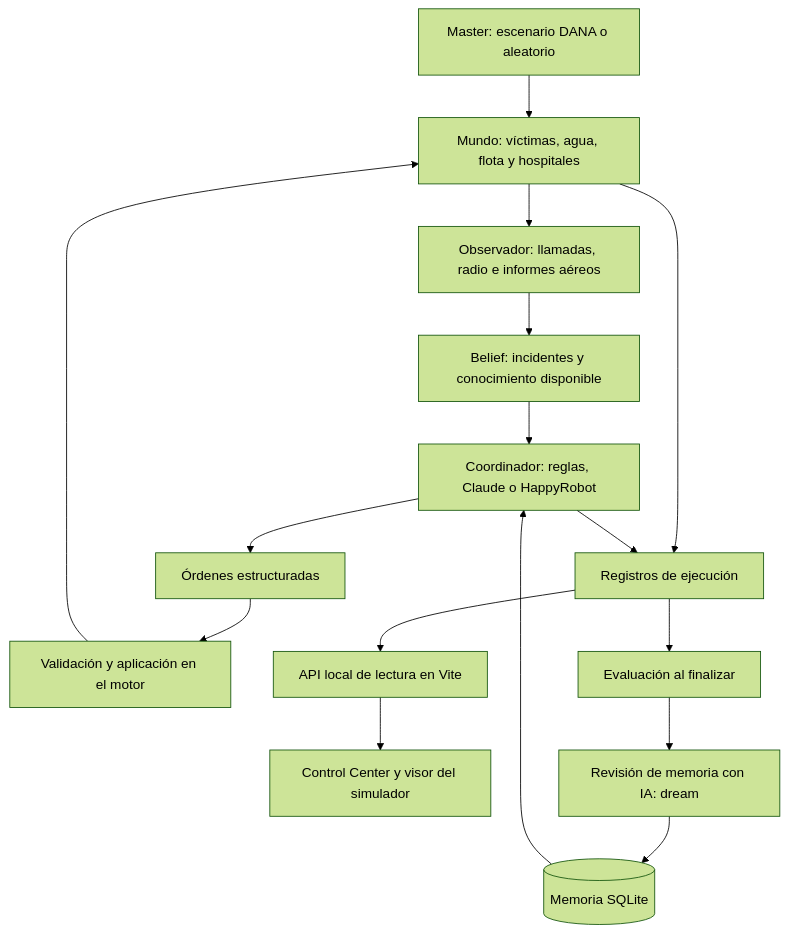
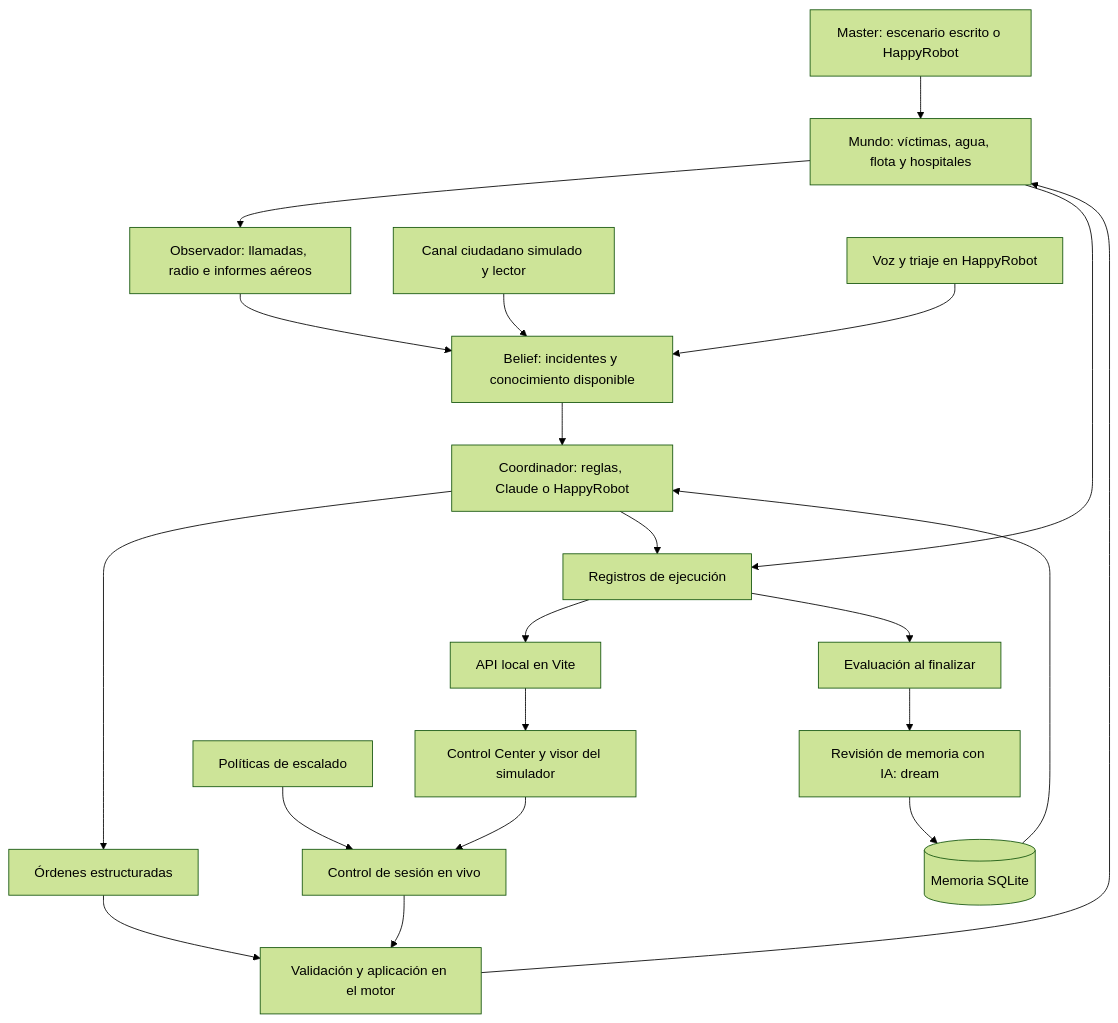
Before and after one commit to sucara-hackspain/main: the diagram in README.md, drawn with Mermaid (forest theme). The commit also changed other lines of this file, not shown here.

````diff
--- a/README.md
+++ b/README.md
@@ -59,18 +84,23 @@
 ```mermaid
 flowchart TD
-    M[Master: escenario DANA o aleatorio] --> W[Mundo: víctimas, agua, flota y hospitales]
+    M[Master: escenario escrito o HappyRobot] --> W[Mundo: víctimas, agua, flota y hospitales]
     W --> O[Observador: llamadas, radio e informes aéreos]
     O --> B[Belief: incidentes y conocimiento disponible]
+    S[Canal ciudadano simulado y lector] --> B
+    P[Voz y triaje en HappyRobot] --> B
     B --> C[Coordinador: reglas, Claude o HappyRobot]
     MEM[(Memoria SQLite)] --> C
     C --> A[Órdenes estructuradas]
     A --> V[Validación y aplicación en el motor]
     V --> W
     W --> T[Registros de ejecución]
     C --> T
-    T --> API[API local de lectura en Vite]
+    T --> API[API local en Vite]
     API --> UI[Control Center y visor del simulador]
+    POL[Políticas de escalado] --> LIVE[Control de sesión en vivo]
+    UI --> LIVE
+    LIVE --> V
     T --> E[Evaluación al finalizar]
     E --> D[Revisión de memoria con IA: dream]
     D --> MEM
 ```
````
